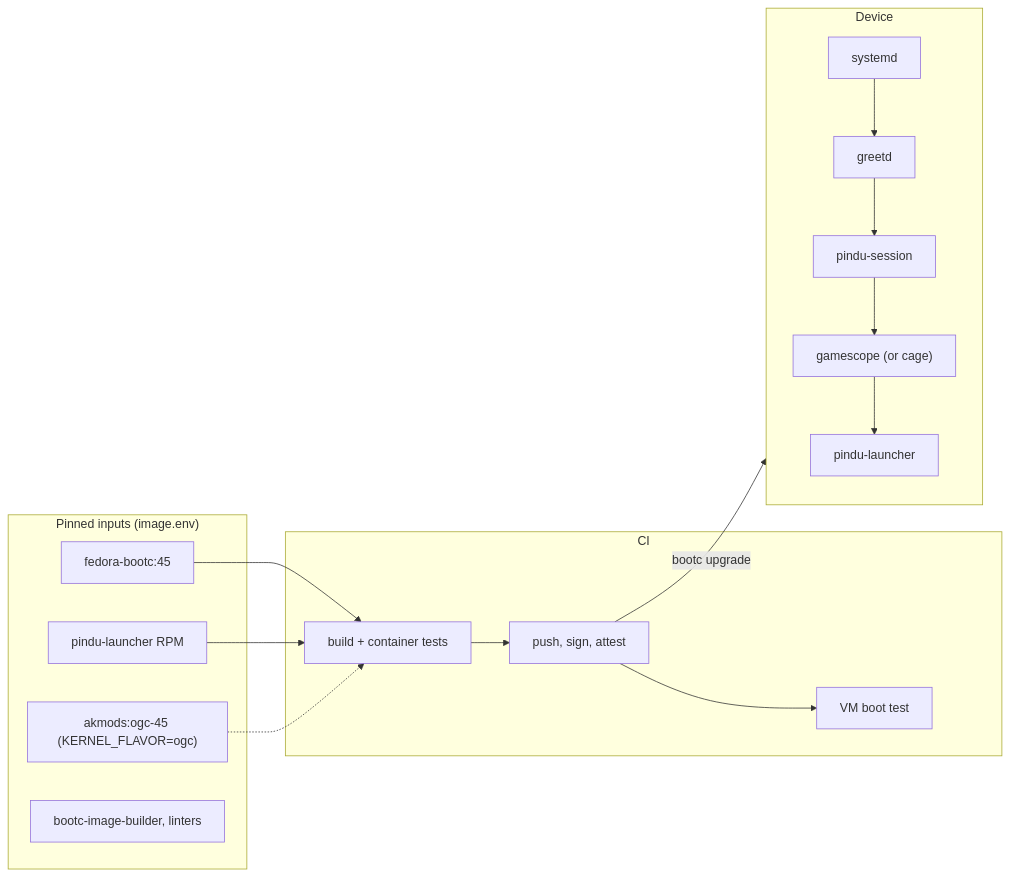
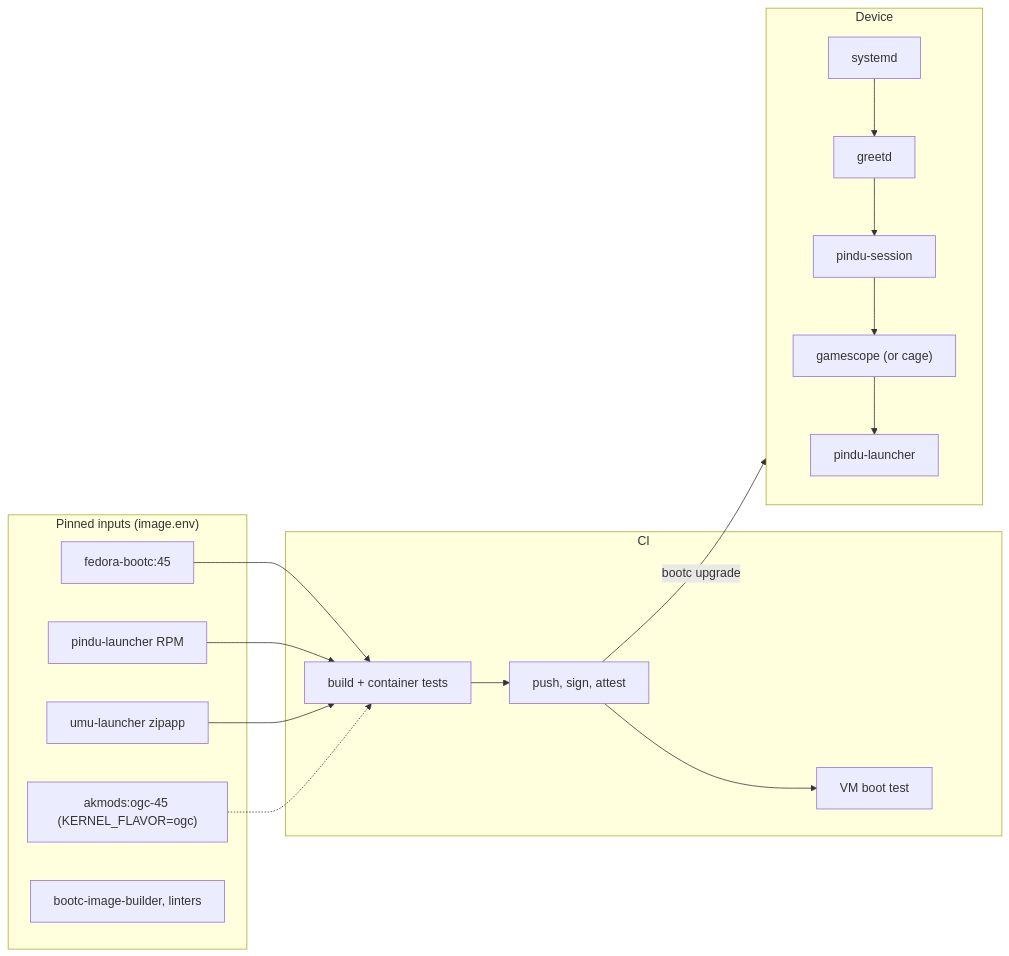
One commit to Tim-van-Oudheusden/pindu-os changed the diagram in docs/architecture.md. Above: the diagram before and after it, drawn with Mermaid. The commit also changed other lines of this file and 12 other files, not shown here.

First line of the commit message:
feat(umu): ship umu-launcher for the launcher's Windows games (#59)

````diff
--- a/docs/architecture.md
+++ b/docs/architecture.md
@@ -8,22 +9,24 @@
 ```mermaid
 flowchart LR
     subgraph inputs["Pinned inputs (image.env)"]
         base["fedora-bootc:45"]
         rpm["pindu-launcher RPM"]
+        umu["umu-launcher zipapp"]
         akmods["akmods:ogc-45 (KERNEL_FLAVOR=ogc)"]
         tools["bootc-image-builder, linters"]
     end
     subgraph ci["CI"]
         build["build + container tests"]
         publish["push, sign, attest"]
         vm["VM boot test"]
     end
     subgraph device["Device"]
         boot["systemd"] --> greetd --> session["pindu-session"] --> compositor["gamescope (or cage)"] --> launcher["pindu-launcher"]
     end
     base --> build
     rpm --> build
+    umu --> build
     akmods -.-> build
     build --> publish --> vm
     publish -- "bootc upgrade" --> device
 ```
````
